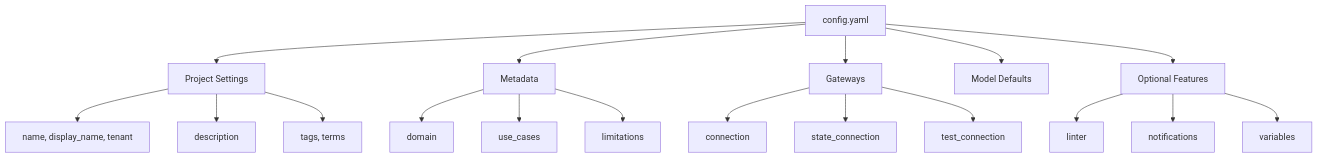
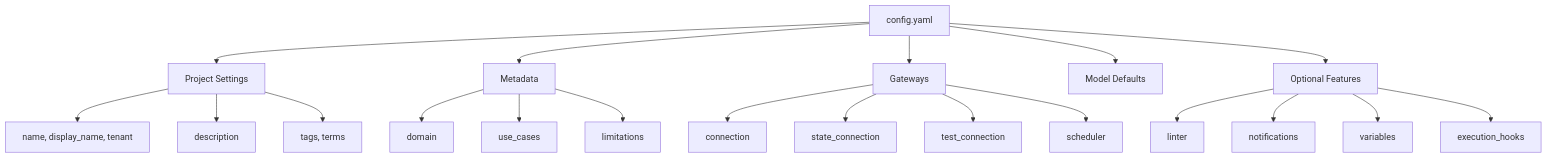
One commit to tmdc-io/vulcan-book changed the diagram in docs/configurations/overview.md. Above: the diagram before and after it, drawn with Mermaid. The commit also changed other lines of this file, not shown here.

````diff
--- a/docs/configurations/overview.md
+++ b/docs/configurations/overview.md
@@ -85,21 +85,23 @@
 ```mermaid
 graph TB
     Config[config.yaml]
     Config --> Project[Project Settings]
     Config --> Metadata[Metadata]
     Config --> Gateways[Gateways]
     Config --> ModelDefaults[Model Defaults]
     Config --> Options[Optional Features]
     Project --> Name[name, display_name, tenant]
     Project --> Desc[description]
     Project --> Tags[tags, terms]
     Metadata --> Domain[domain]
     Metadata --> UseCases[use_cases]
     Metadata --> Limitations[limitations]
     Gateways --> Connection[connection]
     Gateways --> StateConn[state_connection]
     Gateways --> TestConn[test_connection]
+    Gateways --> Scheduler[scheduler]
     Options --> Linter[linter]
     Options --> Notifications[notifications]
     Options --> Variables[variables]
+    Options --> ExecHooks[execution_hooks]
 ```
````
